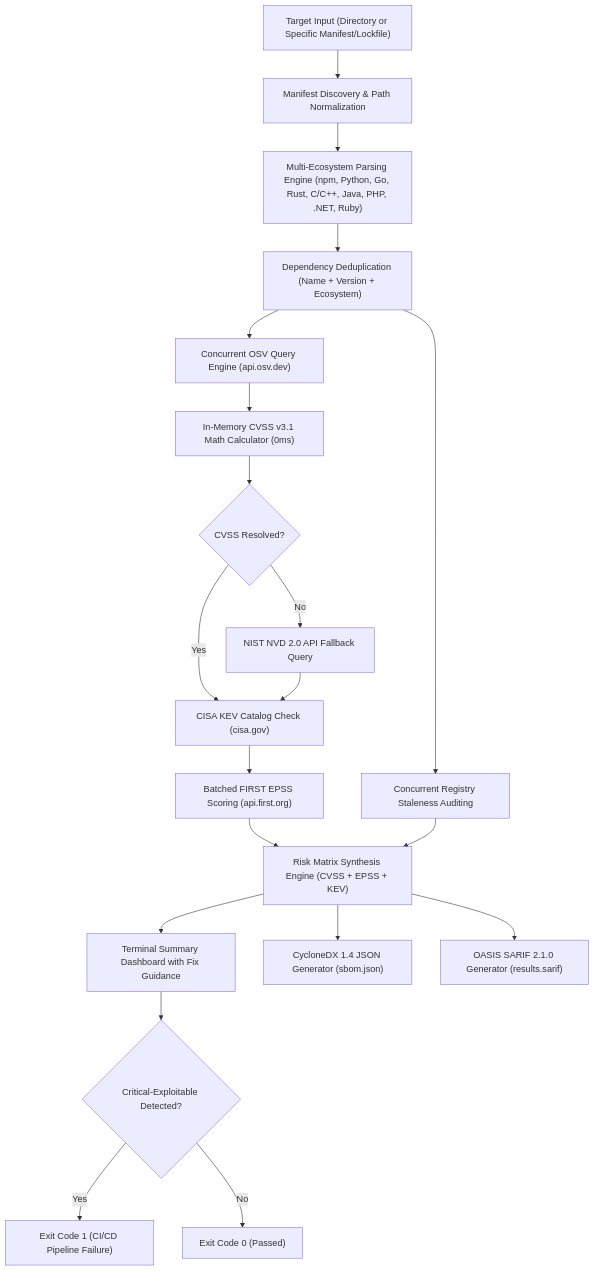
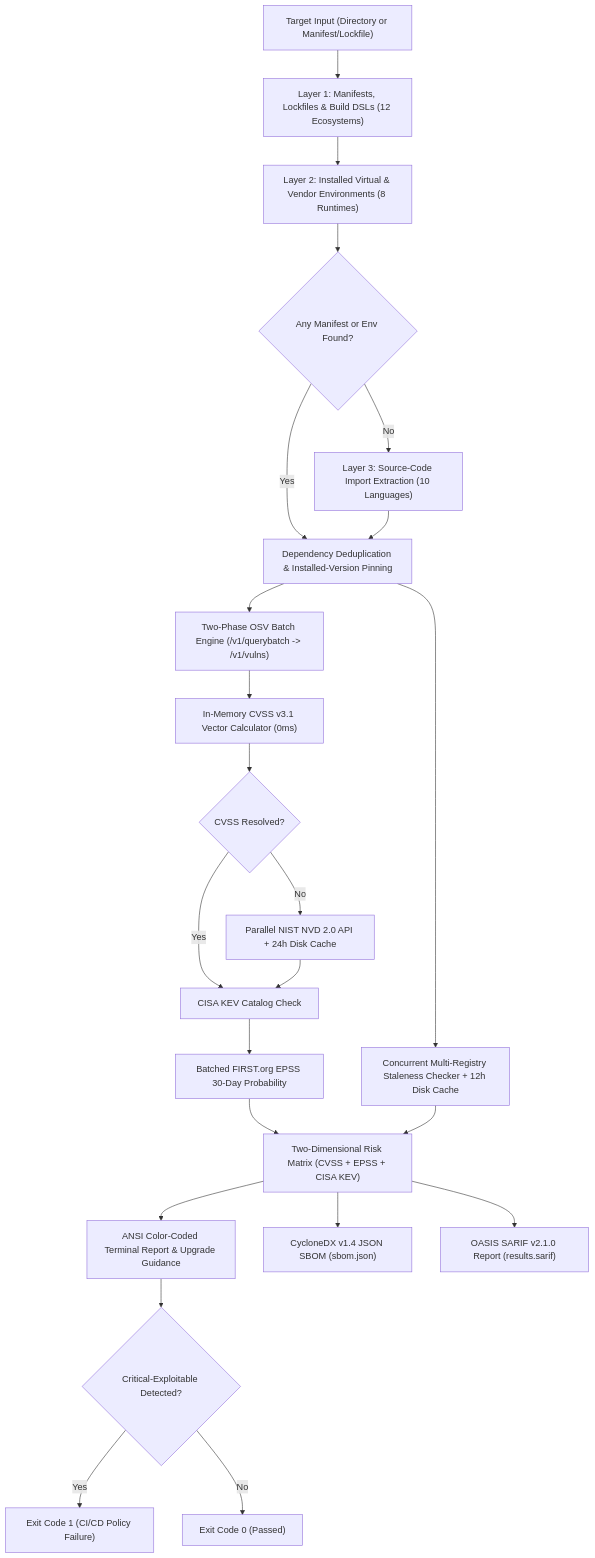
Before and after one commit to nyumuharon/dependency-tracker: the diagram in README.md, drawn with Mermaid. The commit also changed other lines of this file, not shown here.

````diff
--- a/README.md
+++ b/README.md
@@ -47,25 +63,28 @@
 ```mermaid
 flowchart TD
-    Target["Target Input (Directory or Specific Manifest/Lockfile)"] --> Discover["Manifest Discovery & Path Normalization"]
-    Discover --> Parse["Multi-Ecosystem Parsing Engine (npm, Python, Go, Rust, C/C++, Java, PHP, .NET, Ruby)"]
-    Parse --> Dedupe["Dependency Deduplication (Name + Version + Ecosystem)"]
-    
-    Dedupe --> OSV["Concurrent OSV Query Engine (api.osv.dev)"]
-    Dedupe --> Stale["Concurrent Registry Staleness Auditing"]
-    
-    OSV --> LocalCVSS["In-Memory CVSS v3.1 Math Calculator (0ms)"]
+    Target["Target Input (Directory or Manifest/Lockfile)"] --> L1["Layer 1: Manifests, Lockfiles & Build DSLs (12 Ecosystems)"]
+    L1 --> L2["Layer 2: Installed Virtual & Vendor Environments (8 Runtimes)"]
+    L2 --> L3{"Any Manifest or Env Found?"}
+    L3 -->|No| Fallback["Layer 3: Source-Code Import Extraction (10 Languages)"]
+    L3 -->|Yes| Dedupe["Dependency Deduplication & Installed-Version Pinning"]
+    Fallback --> Dedupe
+
+    Dedupe --> OSVBatch["Two-Phase OSV Batch Engine (/v1/querybatch -> /v1/vulns)"]
+    Dedupe --> Stale["Concurrent Multi-Registry Staleness Checker + 12h Disk Cache"]
+
+    OSVBatch --> LocalCVSS["In-Memory CVSS v3.1 Vector Calculator (0ms)"]
     LocalCVSS --> NVDCheck{"CVSS Resolved?"}
-    NVDCheck -->|No| NVDFallback["NIST NVD 2.0 API Fallback Query"]
-    NVDCheck -->|Yes| KEVCheck["CISA KEV Catalog Check (cisa.gov)"]
+    NVDCheck -->|No| NVDFallback["Parallel NIST NVD 2.0 API + 24h Disk Cache"]
+    NVDCheck -->|Yes| KEVCheck["CISA KEV Catalog Check"]
     NVDFallback --> KEVCheck
-    KEVCheck --> EPSS["Batched FIRST EPSS Scoring (api.first.org)"]
-    
-    EPSS & Stale --> Scoring["Risk Matrix Synthesis Engine (CVSS + EPSS + KEV)"]
-    Scoring --> Report["Terminal Summary Dashboard with Fix Guidance"]
-    Scoring --> SBOM["CycloneDX 1.4 JSON Generator (sbom.json)"]
-    Scoring --> SARIF["OASIS SARIF 2.1.0 Generator (results.sarif)"]
-    
+    KEVCheck --> EPSS["Batched FIRST.org EPSS 30-Day Probability"]
+
+    EPSS & Stale --> Scoring["Two-Dimensional Risk Matrix (CVSS + EPSS + CISA KEV)"]
+    Scoring --> Report["ANSI Color-Coded Terminal Report & Upgrade Guidance"]
+    Scoring --> SBOM["CycloneDX v1.4 JSON SBOM (sbom.json)"]
+    Scoring --> SARIF["OASIS SARIF v2.1.0 Report (results.sarif)"]
+
     Report --> Gate{"Critical-Exploitable Detected?"}
-    Gate -->|Yes| ExitFail["Exit Code 1 (CI/CD Pipeline Failure)"]
+    Gate -->|Yes| ExitFail["Exit Code 1 (CI/CD Policy Failure)"]
     Gate -->|No| ExitPass["Exit Code 0 (Passed)"]
 ```
````
